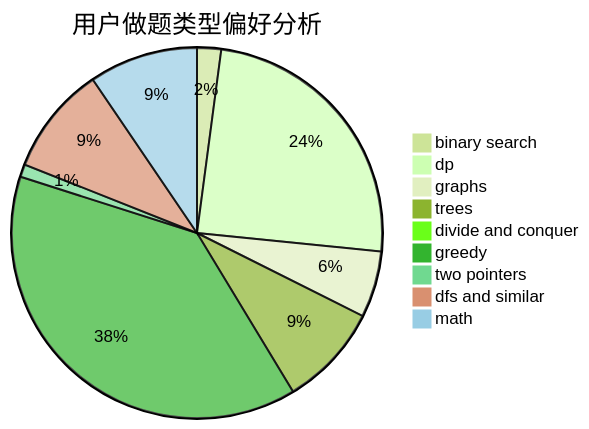
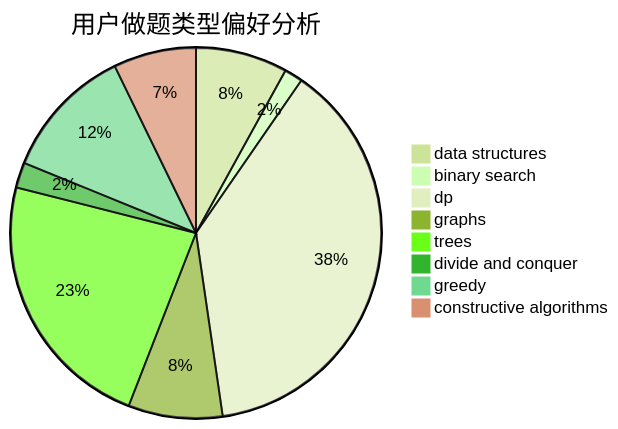
One commit to sherpahu/cfrs.github.io changed the second of 3 diagrams in docs/user/u1508.md. Above: the diagram before and after it, drawn with Mermaid (forest theme). The commit also changed other lines of this file and 2775 other files, not shown here.

````diff
--- a/docs/user/u1508.md
+++ b/docs/user/u1508.md
@@ -23,12 +23,11 @@
 ```mermaid
 pie title 用户做题类型偏好分析
-    "binary search" :  38
-    "dp" :  444
-    "graphs" :  105
-    "trees" :  162
-    "divide and conquer" :  15
-    "greedy" :  699
-    "two pointers" :  20
-    "dfs and similar" :  172
-    "math" :  172
+    "data structures" :  40
+    "binary search" :  8
+    "dp" :  190
+    "graphs" :  41
+    "trees" :  115
+    "divide and conquer" :  11
+    "greedy" :  58
+    "constructive algorithms" :  36
 ```
````
